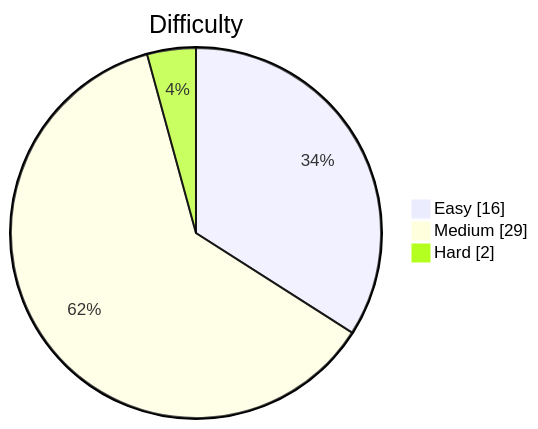
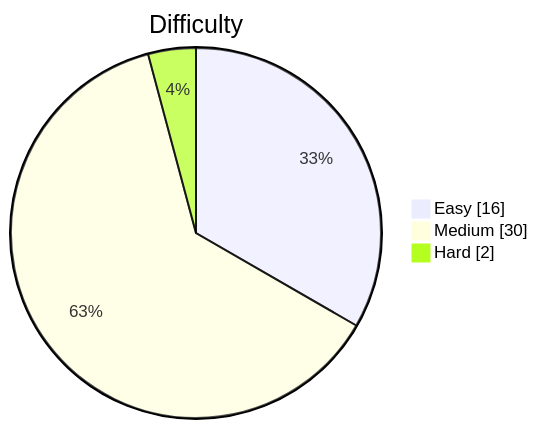
Before and after one commit to kevstevie/python-algo-practice: the diagram in README.md, drawn with Mermaid. The commit also changed other lines of this file, not shown here.

````diff
--- a/README.md
+++ b/README.md
@@ -13,7 +13,7 @@
 ```mermaid
 pie showData
     title Difficulty
     "Easy"   : 16
-    "Medium" : 29
+    "Medium" : 30
     "Hard"   : 2
 ```
````
